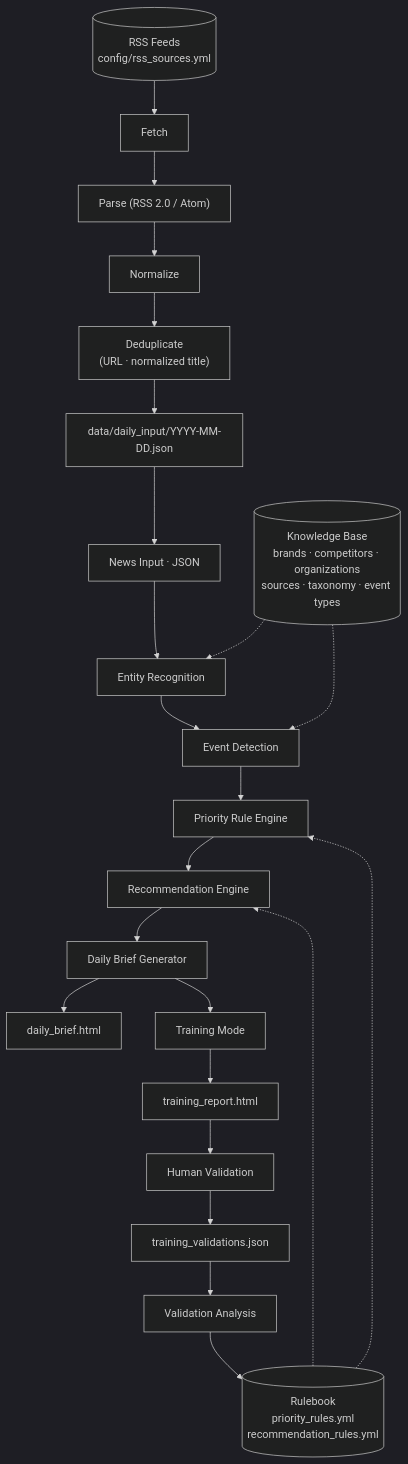
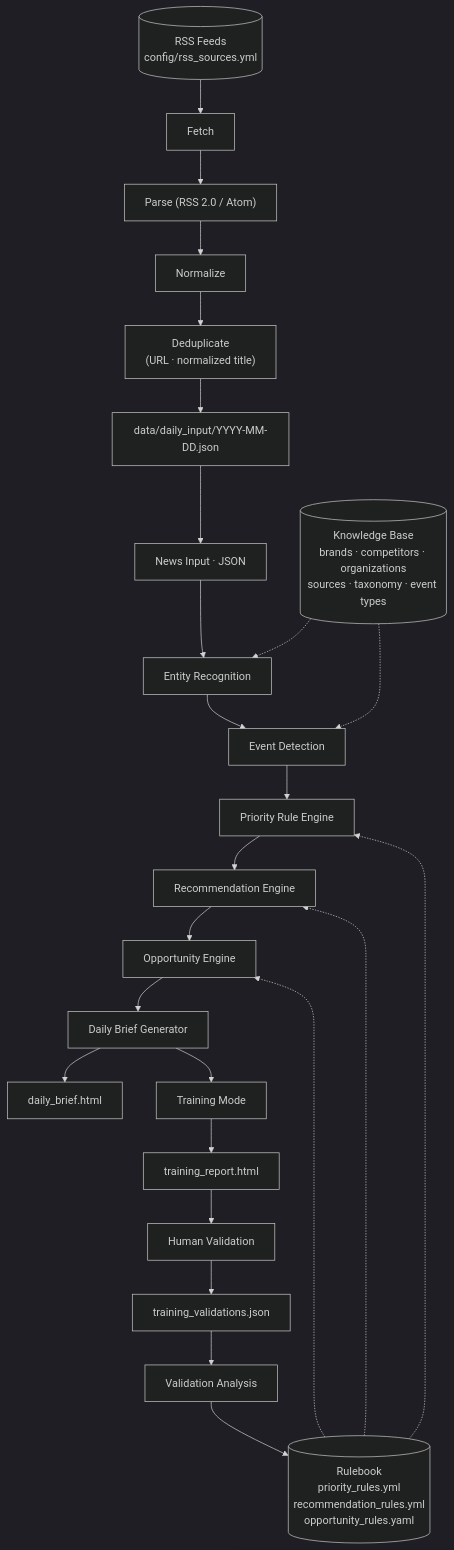
One commit to nickfresco/HUB-STELLANTIS-CHILE---PR changed the diagram in README.md. Above: the diagram before and after it, drawn with Mermaid (dark theme). The commit also changed other lines of this file and 1 other file, not shown here.

Commit message:
Docs: documentar Opportunity Engine v1.0 en README y CHANGELOG

````diff
--- a/README.md
+++ b/README.md
@@ -87,28 +88,30 @@
 ```mermaid
 flowchart TD
     RSS[("RSS Feeds<br/>config/rss_sources.yml")] --> FETCH["Fetch"]
     FETCH --> PARSE["Parse (RSS 2.0 / Atom)"]
     PARSE --> NORM["Normalize"]
     NORM --> DEDUP["Deduplicate<br/>(URL · normalized title)"]
     DEDUP --> JSONOUT["data/daily_input/YYYY-MM-DD.json"]
 
     JSONOUT --> A["News Input · JSON"]
     A --> B["Entity Recognition"]
     B --> C["Event Detection"]
     C --> D["Priority Rule Engine"]
     D --> E["Recommendation Engine"]
-    E --> F["Daily Brief Generator"]
+    E --> OE["Opportunity Engine"]
+    OE --> F["Daily Brief Generator"]
     F --> G["daily_brief.html"]
 
     KB[("Knowledge Base<br/>brands · competitors · organizations<br/>sources · taxonomy · event types")] -.-> B
     KB -.-> C
-    RB[("Rulebook<br/>priority_rules.yml<br/>recommendation_rules.yml")] -.-> D
+    RB[("Rulebook<br/>priority_rules.yml<br/>recommendation_rules.yml<br/>opportunity_rules.yaml")] -.-> D
     RB -.-> E
+    RB -.-> OE
 
     F --> T["Training Mode"]
     T --> H["training_report.html"]
     H --> V["Human Validation"]
     V --> J["training_validations.json"]
     J --> AN["Validation Analysis"]
     AN --> RB
 ```
````
